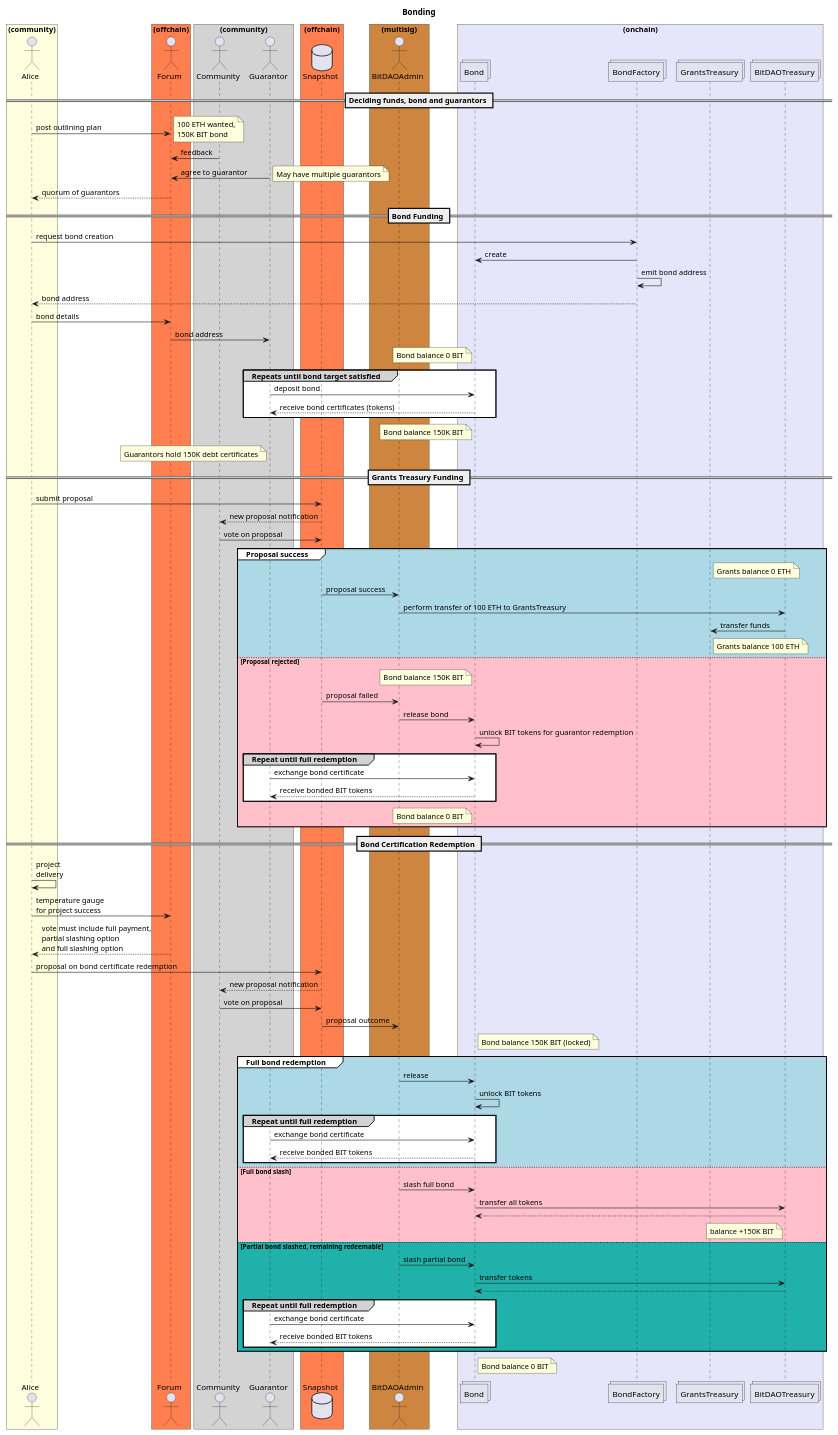
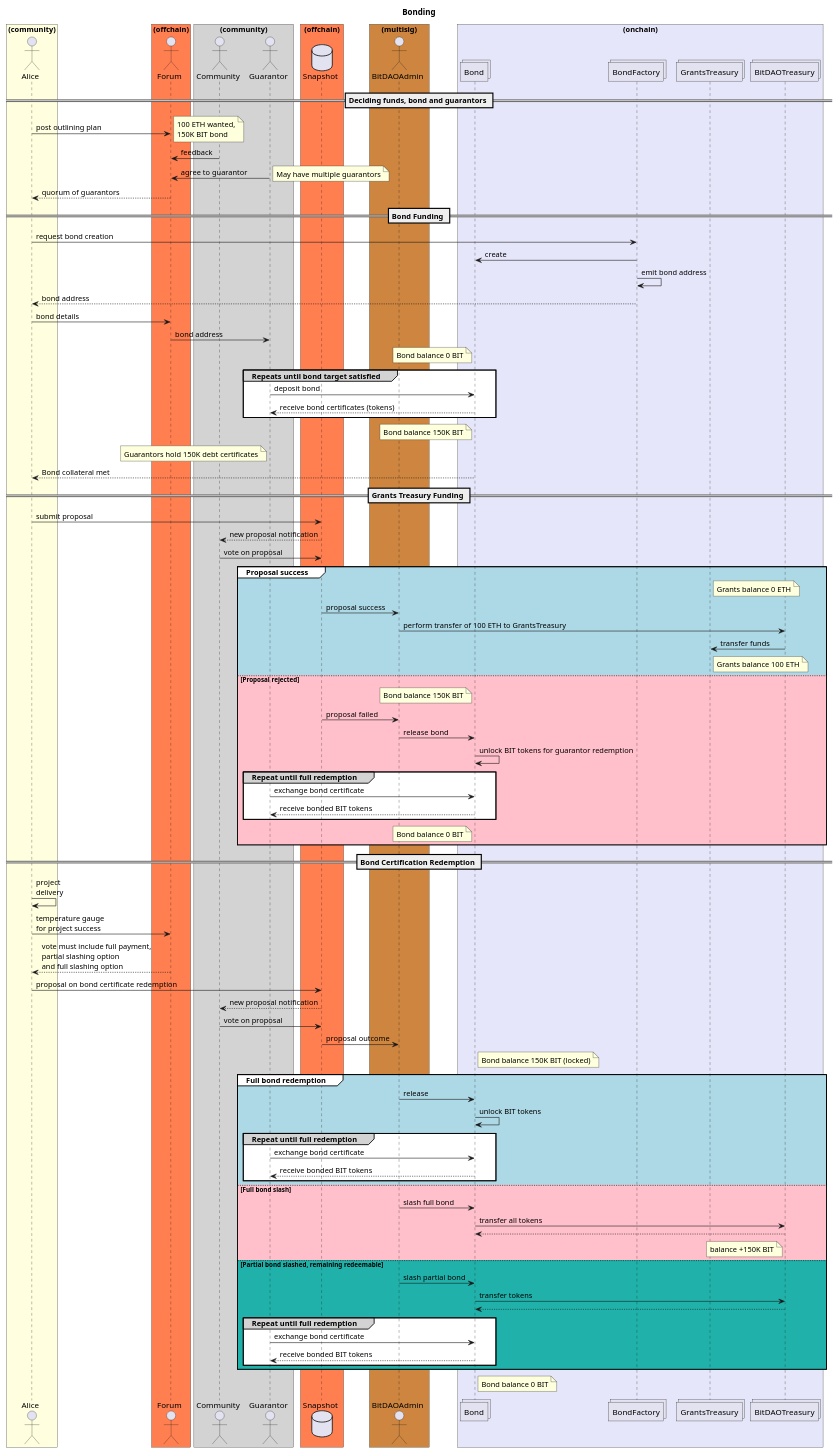
The diagram in docs/specs/bonding.puml (windranger-io/windranger-treasury), drawn with PlantUML before and after one commit. The commit also changed 3 other files, not shown here.

```diff
--- a/docs/specs/bonding.puml
+++ b/docs/specs/bonding.puml
@@ -1,126 +1,128 @@
 @startuml
 'https://plantuml.com/sequence-diagram
 
 title Bonding
 
 box "(community)" #LightYellow
 actor Alice as alice
 end box
 
 box "(offchain)" #Coral
 actor Forum as forum
 end box
 
 box "(community)" #LightGray
 actor Community as community
 actor Guarantor as guarantor
 end box
 
 box "(offchain)" #Coral
 database Snapshot as snapshot
 end box
 
 box "(multisig)" #Peru
 actor BitDAOAdmin as bitdaoadmin
 end box
 
 box "(onchain)" #Lavender
 collections Bond as bond
 collections BondFactory as bondFactory
 collections GrantsTreasury as grantstreasury
 collections BitDAOTreasury as bitdaotreasury
 end box
 
 
 == Deciding funds, bond and guarantors ==
 
 alice->forum                : post outlining plan
 note right                  : 100 ETH wanted,\n150K BIT bond
 community->forum            : feedback
 guarantor->forum            : agree to guarantor
 note right                  : May have multiple guarantors
 forum-->alice               : quorum of guarantors
 
 
 == Bond Funding ==
 
 alice->bondFactory          : request bond creation
 bondFactory->bond           : create
 bondFactory->bondFactory    : emit bond address
 bondFactory-->alice         : bond address
 alice->forum                : bond details
 forum->guarantor            : bond address
 note left of bond           : Bond balance 0 BIT
 
 group#lightgray #white Repeats until bond target satisfied
     guarantor->bond         : deposit bond
     bond-->guarantor        : receive bond certificates (tokens)
 end
 
 note left of bond           : Bond balance 150K BIT
 note left of guarantor      : Guarantors hold 150K debt certificates
+
+bond --> alice              : Bond collateral met
 
 == Grants Treasury Funding ==
 alice -> snapshot               : submit proposal
 snapshot-->community            : new proposal notification
 community -> snapshot           : vote on proposal
 
 group#white #LightBlue Proposal success
     note right of grantstreasury    : Grants balance 0 ETH
     snapshot -> bitdaoadmin         : proposal success
     bitdaoadmin -> bitdaotreasury   : perform transfer of 100 ETH to GrantsTreasury
     bitdaotreasury -> grantstreasury: transfer funds
     note right of grantstreasury    : Grants balance 100 ETH
 
 else #Pink Proposal rejected
     note left of bond               : Bond balance 150K BIT
     snapshot -> bitdaoadmin         : proposal failed
     bitdaoadmin -> bond             : release bond
     bond -> bond                    : unlock BIT tokens for guarantor redemption
     group#lightgray #white Repeat until full redemption
         guarantor->bond             : exchange bond certificate
         bond-->guarantor            : receive bonded BIT tokens
     end
     note left of bond               : Bond balance 0 BIT
 end
 
 
 == Bond Certification Redemption ==
 
 alice->alice                    : project\ndelivery
 alice->forum                    : temperature gauge\nfor project success
 forum-->alice                   : vote must include full payment,\npartial slashing option\nand full slashing option
 alice->snapshot                 : proposal on bond certificate redemption
 snapshot-->community            : new proposal notification
 community -> snapshot           : vote on proposal
 snapshot -> bitdaoadmin         : proposal outcome
 
 
 note right of bond              : Bond balance 150K BIT (locked)
 
 group#white #LightBlue Full bond redemption
     bitdaoadmin->bond           : release
     bond->bond                  : unlock BIT tokens
     group#lightgray #white Repeat until full redemption
         guarantor->bond         : exchange bond certificate
         bond-->guarantor        : receive bonded BIT tokens
     end
 else #Pink Full bond slash
     bitdaoadmin->bond           : slash full bond
     bond->bitdaotreasury        : transfer all tokens
     bitdaotreasury-->bond
     note left of bitdaotreasury : balance +150K BIT
 else #lightseagreen Partial bond slashed, remaining redeemable
     bitdaoadmin->bond           : slash partial bond
     bond->bitdaotreasury        : transfer tokens
     bitdaotreasury-->bond
     group#lightgray #white Repeat until full redemption
         guarantor->bond         : exchange bond certificate
         bond-->guarantor        : receive bonded BIT tokens
     end
 end
 
 
 note right of bond              : Bond balance 0 BIT
 
 @enduml
```
